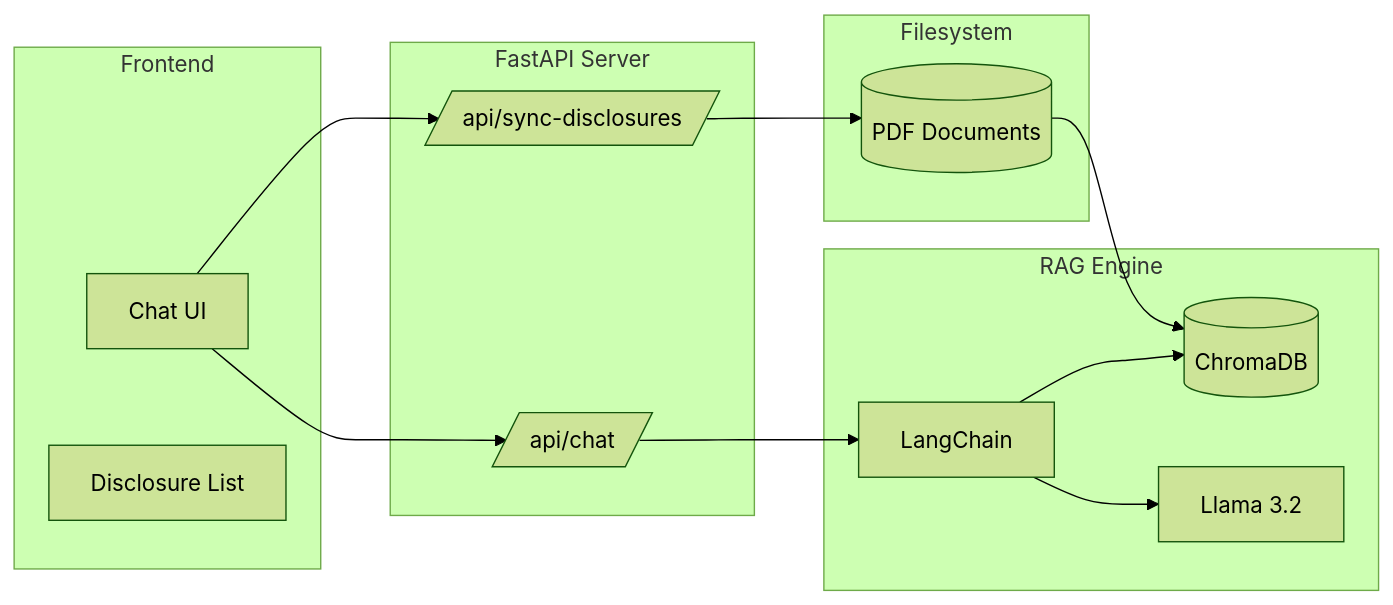
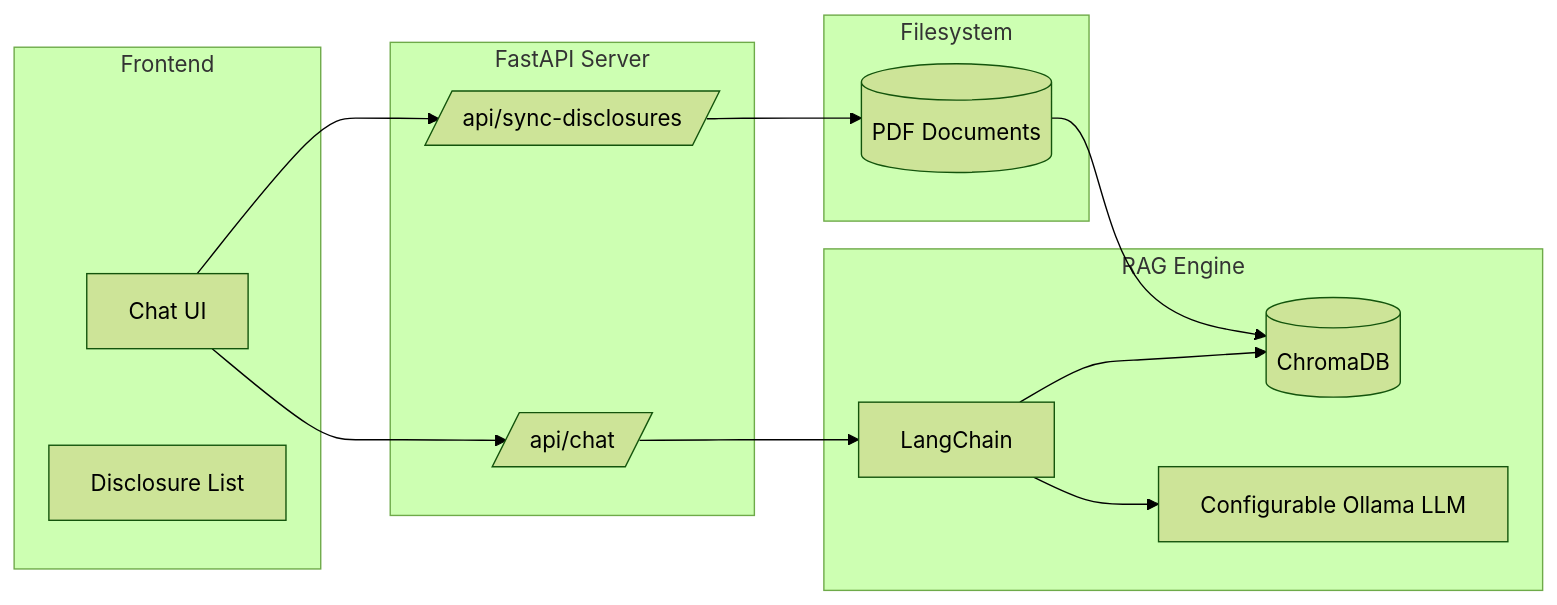
One commit to juanpradana/MarketPulse changed the fourth of 5 diagrams in docs/RAG_CHAT_DOCUMENTATION.md. Above: the diagram before and after it, drawn with Mermaid (forest theme). The commit also changed other lines of this file and 10 other files, not shown here.

````diff
--- a/docs/RAG_CHAT_DOCUMENTATION.md
+++ b/docs/RAG_CHAT_DOCUMENTATION.md
@@ -103,30 +106,30 @@
 ```mermaid
 graph LR
     subgraph "Frontend"
     UI[Chat UI]
     DOCS[Disclosure List]
     end
 
     subgraph "FastAPI Server"
     CHAT_EP[/api/chat/]
     SYNC_EP[/api/sync-disclosures/]
     end
 
     subgraph "RAG Engine"
     LC[LangChain]
     VEC[(ChromaDB)]
-    LLM[Llama 3.2]
+    LLM[Configurable Ollama LLM]
     end
 
     subgraph "Filesystem"
     PDF[(PDF Documents)]
     end
 
     UI --> CHAT_EP
     UI --> SYNC_EP
     CHAT_EP --> LC
     LC --> VEC
     LC --> LLM
     SYNC_EP --> PDF
     PDF --> VEC
 ```
````
